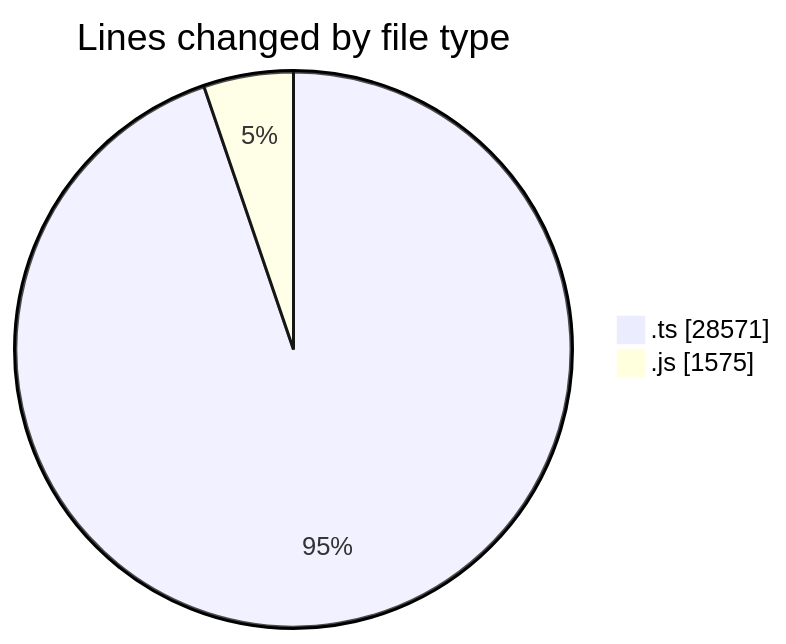
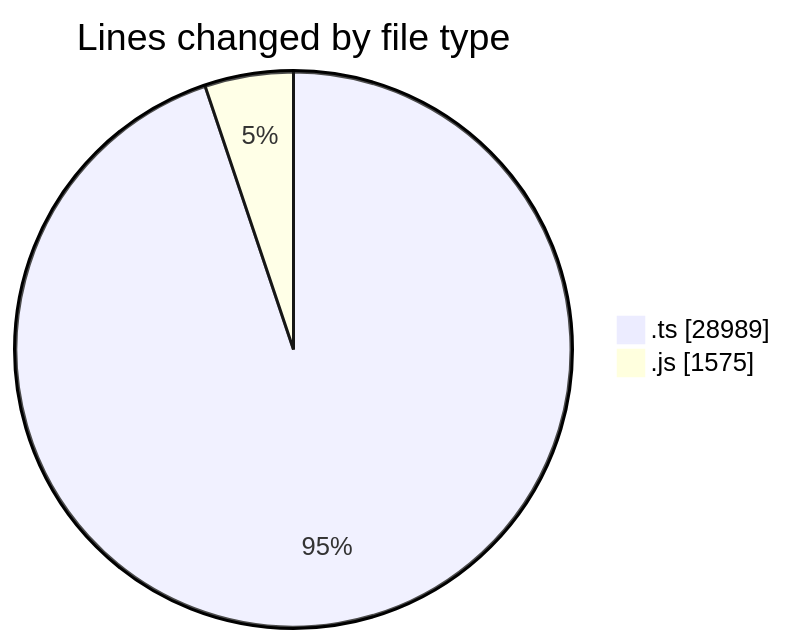
The first of 2 diagrams in 2025-06-26/cda/README.md (momahboobian/code-tracking), drawn with Mermaid before and after one commit. The commit also changed other lines of this file and 1 other file, not shown here.

````diff
--- a/2025-06-26/cda/README.md
+++ b/2025-06-26/cda/README.md
@@ -28,6 +30,6 @@
 ```mermaid
 pie showData
 title Lines changed by file type
-".ts" : 28571
+".ts" : 28989
 ".js" : 1575
 ```
````
